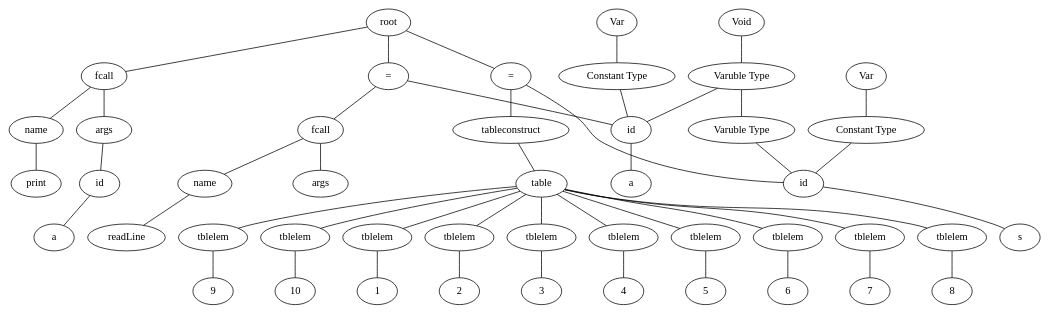
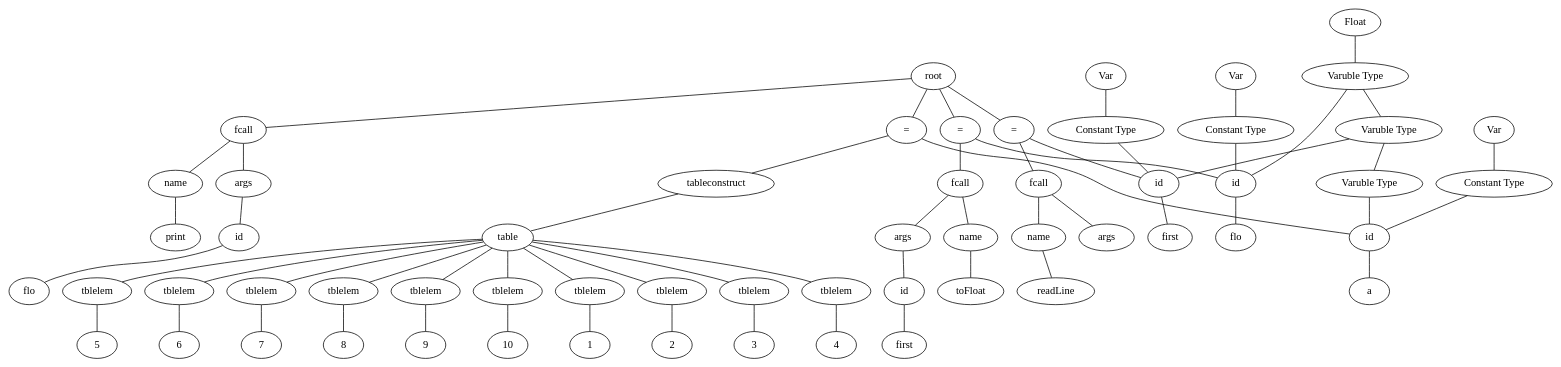
One commit to TAIIOK/SwiftCompilerToJavaByteCode changed the diagram in build/file.dot. Above: the diagram before and after it, drawn with Graphviz. The commit also changed 12 other files, not shown here.

```diff
--- a/build/file.dot
+++ b/build/file.dot
@@ -1,95 +1,121 @@
 graph graphname {
 root;
 assign0[label = "="];
 root--assign0;
 expr0[label = "id"];
 assign0--expr0;
 type0[label = "Varuble Type"];
 type0--expr0;
 type1[label = "Int"];
 type1--type0;
 consttype0[label = "Constant Type"];
 consttype0--expr0;
 consttype1[label = "Var"];
 consttype1--consttype0;
-expr1[label = "s"];
+expr1[label = "a"];
 expr0--expr1;
 expr2[label = "tableconstruct"];
 assign0--expr2;
 table0[label = "table"];
 expr2--table0;
 table00[label = "tblelem"];
 table0--table00;
 expr3[label = "1"];
 table00--expr3;
 table01[label = "tblelem"];
 table0--table01;
 expr4[label = "2"];
 table01--expr4;
 table02[label = "tblelem"];
 table0--table02;
 expr5[label = "3"];
 table02--expr5;
 table03[label = "tblelem"];
 table0--table03;
 expr6[label = "4"];
 table03--expr6;
 table04[label = "tblelem"];
 table0--table04;
 expr7[label = "5"];
 table04--expr7;
 table05[label = "tblelem"];
 table0--table05;
 expr8[label = "6"];
 table05--expr8;
 table06[label = "tblelem"];
 table0--table06;
 expr9[label = "7"];
 table06--expr9;
 table07[label = "tblelem"];
 table0--table07;
 expr10[label = "8"];
 table07--expr10;
 table08[label = "tblelem"];
 table0--table08;
 expr11[label = "9"];
 table08--expr11;
 table09[label = "tblelem"];
 table0--table09;
 expr12[label = "10"];
 table09--expr12;
 assign1[label = "="];
 root--assign1;
 expr13[label = "id"];
 assign1--expr13;
 type1[label = "Varuble Type"];
 type1--expr13;
 type2[label = "Void"];
 type2--type1;
 consttype2[label = "Constant Type"];
 consttype2--expr13;
 consttype3[label = "Var"];
 consttype3--consttype2;
-expr14[label = "a"];
+expr14[label = "first"];
 expr13--expr14;
 expr15[label = "fcall"];
 assign1--expr15;
 expr15name[label = "name"];
 expr16[label = "readLine"];
 expr15name--expr16;
 expr15--expr15name;
 expr15args[label = " args "];
 expr15 -- expr15args;
-expr17[label = "fcall"];
-root--expr17;
-expr17name[label = "name"];
-expr18[label = "print"];
-expr17name--expr18;
-expr17--expr17name;
-expr17args[label = " args "];
-expr17 -- expr17args;
-expr19[label = "id"];
-expr17args--expr19;
-expr20[label = "a"];
-expr19--expr20;
+assign2[label = "="];
+root--assign2;
+expr17[label = "id"];
+assign2--expr17;
+type2[label = "Varuble Type"];
+type2--expr17;
+type3[label = "Float"];
+type3--type2;
+consttype4[label = "Constant Type"];
+consttype4--expr17;
+consttype5[label = "Var"];
+consttype5--consttype4;
+expr18[label = "flo"];
+expr17--expr18;
+expr19[label = "fcall"];
+assign2--expr19;
+expr19name[label = "name"];
+expr20[label = "toFloat"];
+expr19name--expr20;
+expr19--expr19name;
+expr19args[label = " args "];
+expr19 -- expr19args;
+expr21[label = "id"];
+expr19args--expr21;
+expr22[label = "first"];
+expr21--expr22;
+expr23[label = "fcall"];
+root--expr23;
+expr23name[label = "name"];
+expr24[label = "print"];
+expr23name--expr24;
+expr23--expr23name;
+expr23args[label = " args "];
+expr23 -- expr23args;
+expr25[label = "id"];
+expr23args--expr25;
+expr26[label = "flo"];
+expr25--expr26;
 }
```
